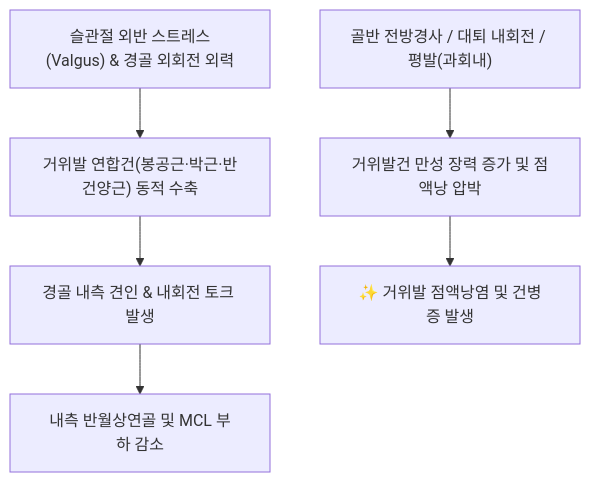
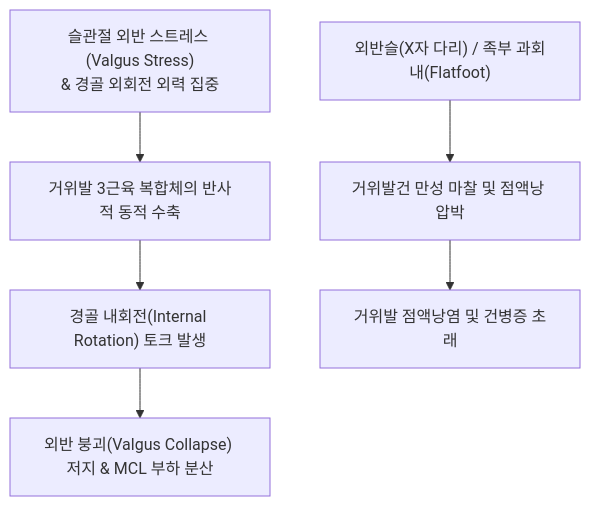
The second of 2 diagrams in content/1. 근골격계 공부/골격/06_하지/거위발.md (simbio11/simbio-digital-garden2), drawn with Mermaid before and after one commit. The commit also changed other lines of this file and 149 other files, not shown here.

````diff
--- a/content/1. 근골격계 공부/골격/06_하지/거위발.md
+++ b/content/1. 근골격계 공부/골격/06_하지/거위발.md
@@ -42,8 +77,8 @@
 ```mermaid
 graph TD
-    ValgusStress["슬관절 외반 스트레스(Valgus) & 경골 외회전 외력"] --> DynamicCheck["거위발 연합건(봉공근·박근·반건양근) 동적 수축"]
-    DynamicCheck --> MedialTension["경골 내측 견인 & 내회전 토크 발생"]
-    MedialTension --> JointProtection["내측 반월상연골 및 MCL 부하 감소"]
-    GenuValgum["골반 전방경사 / 대퇴 내회전 / 평발(과회내)"] --> RepetitiveFriction["거위발건 만성 장력 증가 및 점액낭 압박"]
-    RepetitiveFriction --> Bursitis["✨ 거위발 점액낭염 및 건병증 발생"]
+    ValgusStress["슬관절 외반 스트레스 (Valgus Stress)<br>& 경골 외회전 외력 집중"] --> ReflexContraction["거위발 3근육 복합체의 반사적 동적 수축"]
+    ReflexContraction --> MedialTorque["경골 내회전(Internal Rotation) 토크 발생"]
+    MedialTorque --> CounterValgus["외반 붕괴(Valgus Collapse) 저지 & MCL 부하 분산"]
+    Malalignment["외반슬(X자 다리) / 족부 과회내(Flatfoot)"] --> ChronicFriction["거위발건 만성 마찰 및 점액낭 압박"]
+    ChronicFriction --> Bursitis["거위발 점액낭염 및 건병증 초래"]
 ```
````
